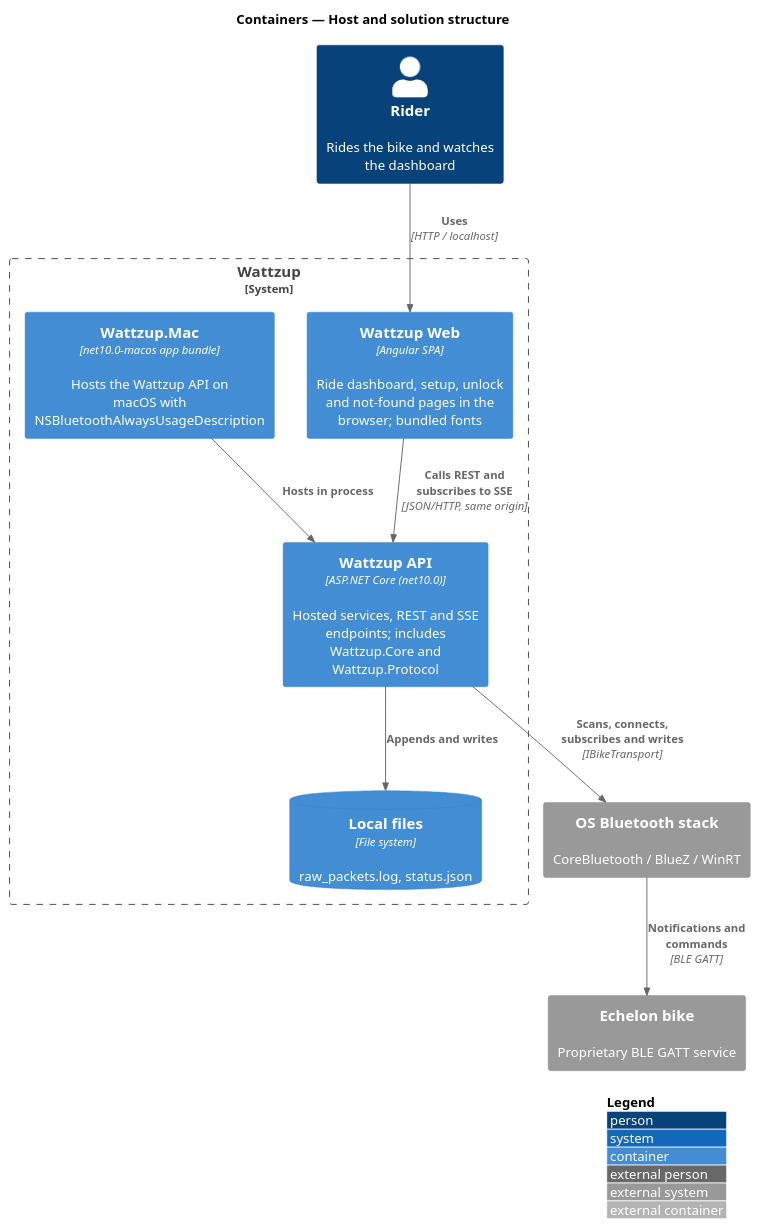
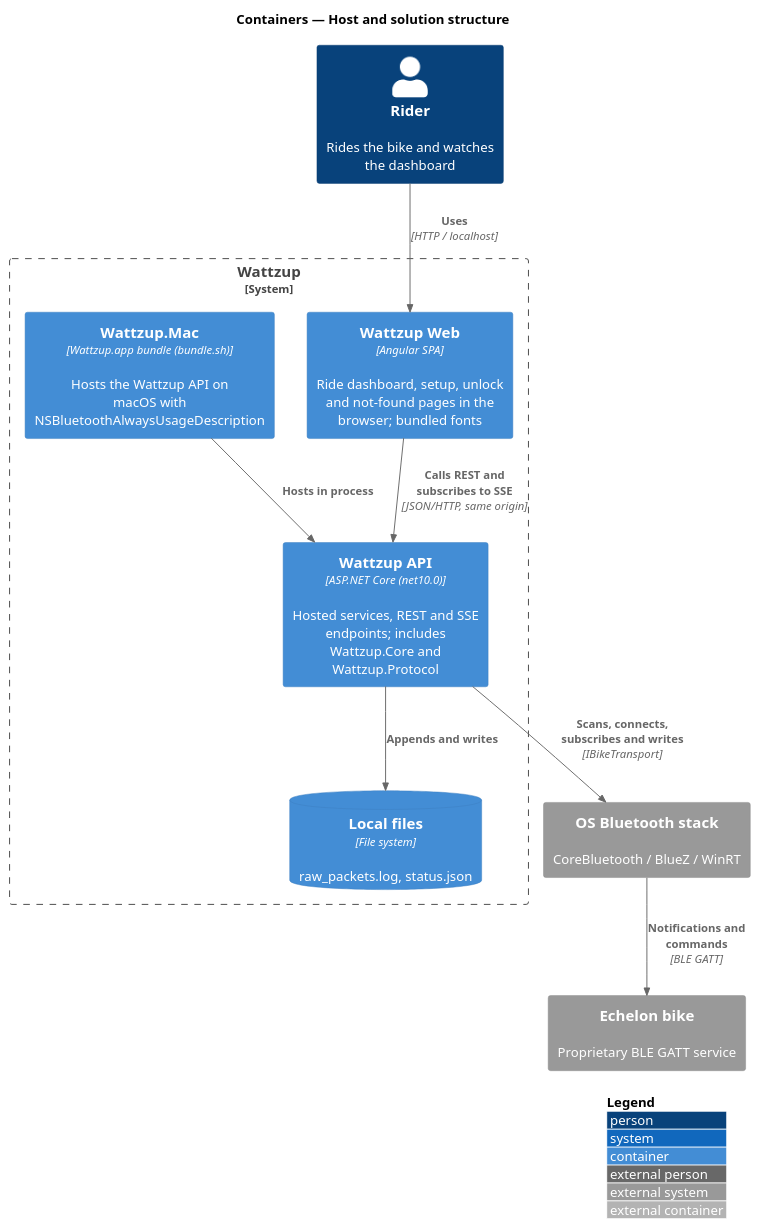
One commit to QuinntyneBrown/ride-one changed the diagram in docs/detailed-designs/platform/host-and-structure/diagrams/c4-container.puml. Above: the diagram before and after it, drawn with PlantUML. The commit also changed 23 other files, not shown here.

First line of the commit message:
Add the CoreBluetooth transport and the Wattzup.app bundle

```diff
--- a/docs/detailed-designs/platform/host-and-structure/diagrams/c4-container.puml
+++ b/docs/detailed-designs/platform/host-and-structure/diagrams/c4-container.puml
@@ -1,22 +1,22 @@
 @startuml
 !include <C4/C4_Container>
 LAYOUT_WITH_LEGEND()
 title Containers — Host and solution structure
 
 Person(rider, "Rider", "Rides the bike and watches the dashboard")
 System_Boundary(wattzup, "Wattzup") {
   Container(web, "Wattzup Web", "Angular SPA", "Ride dashboard, setup, unlock and not-found pages in the browser; bundled fonts")
-  Container(mac, "Wattzup.Mac", "net10.0-macos app bundle", "Hosts the Wattzup API on macOS with NSBluetoothAlwaysUsageDescription")
+  Container(mac, "Wattzup.Mac", "Wattzup.app bundle (bundle.sh)", "Hosts the Wattzup API on macOS with NSBluetoothAlwaysUsageDescription")
   Container(api, "Wattzup API", "ASP.NET Core (net10.0)", "Hosted services, REST and SSE endpoints; includes Wattzup.Core and Wattzup.Protocol")
   ContainerDb(files, "Local files", "File system", "raw_packets.log, status.json")
 }
 System_Ext(os, "OS Bluetooth stack", "CoreBluetooth / BlueZ / WinRT")
 System_Ext(bike, "Echelon bike", "Proprietary BLE GATT service")
 
 Rel(rider, web, "Uses", "HTTP / localhost")
 Rel(web, api, "Calls REST and subscribes to SSE", "JSON/HTTP, same origin")
 Rel(mac, api, "Hosts in process")
 Rel(api, files, "Appends and writes")
 Rel(api, os, "Scans, connects, subscribes and writes", "IBikeTransport")
 Rel(os, bike, "Notifications and commands", "BLE GATT")
 @enduml
```
